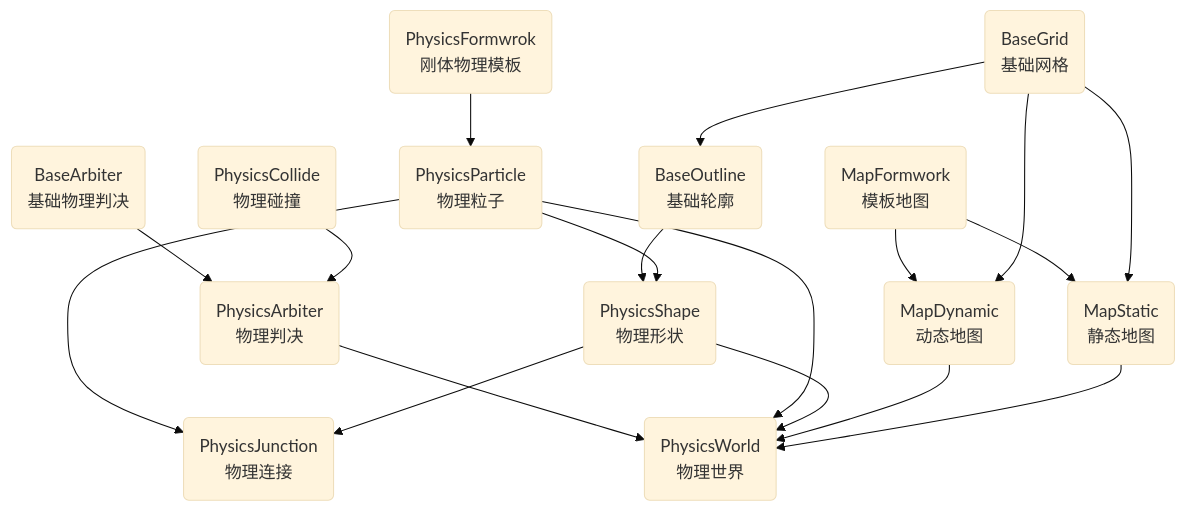
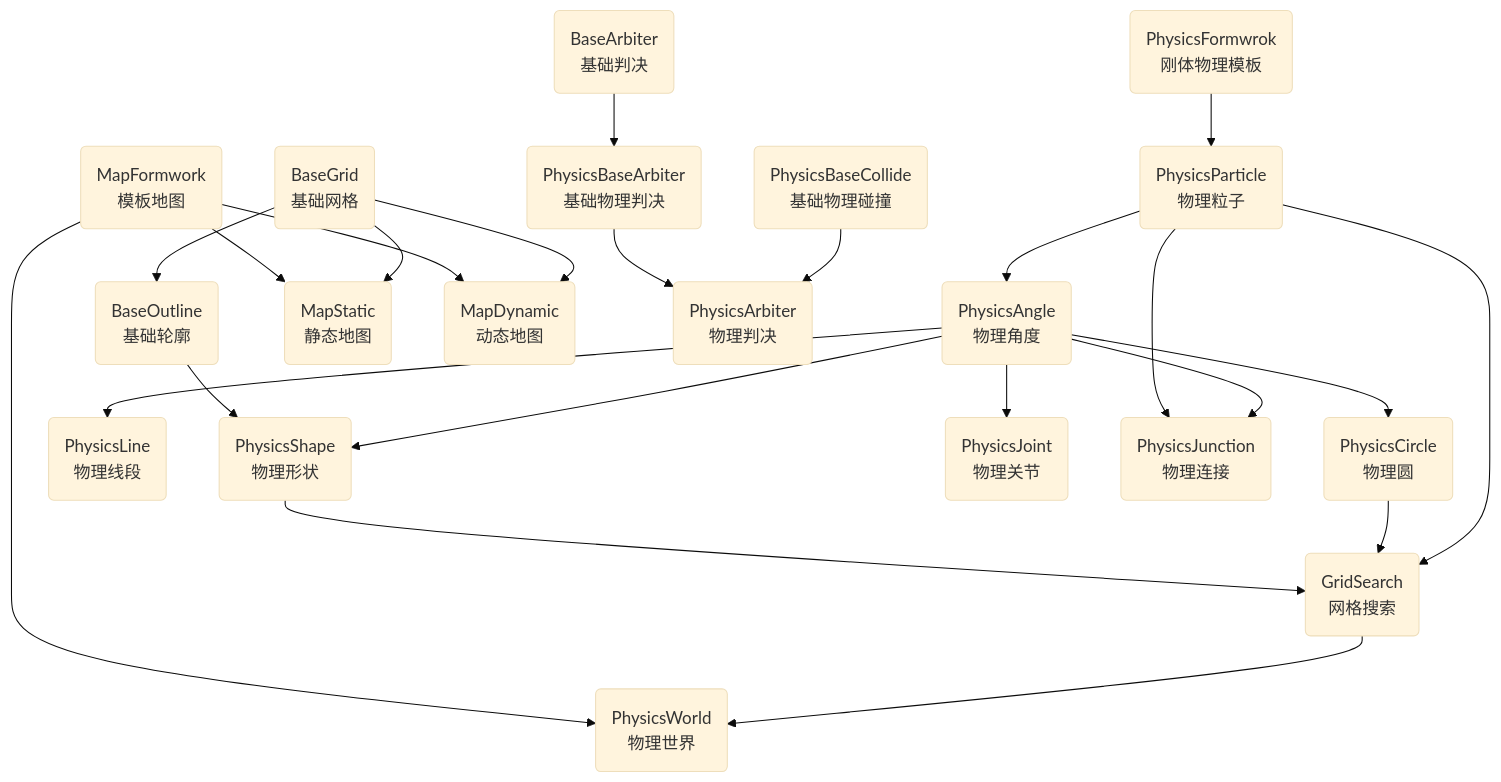
One commit to wuxingwushu/PixelClean changed the diagram in PhysicsBlock/README.md. Above: the diagram before and after it, drawn with Mermaid (base theme). The commit also changed other lines of this file and 23 other files, not shown here.

Commit message:
2D光追背景（学习），修复移动地图抖动，物理类部分调整

````diff
--- a/PhysicsBlock/README.md
+++ b/PhysicsBlock/README.md
@@ -24,52 +31,64 @@
 ```mermaid
 %% 時序圖例子,-> 直線，-->虛線，->>實線箭頭
 %% graph 橫向：LR, 豎向：TD
 graph TD
 
-PhysicsParticle(PhysicsParticle\n物理粒子)
-PhysicsShape(PhysicsShape\n物理形状)
-BaseGrid(BaseGrid\n基础网格)
-BaseOutline(BaseOutline\n基础轮廓)
-MapStatic(MapStatic\n静态地图)
-MapFormwork(MapFormwork\n模板地图)
-MapDynamic(MapDynamic\n动态地图)
-PhysicsWorld(PhysicsWorld\n物理世界)
-PhysicsFormwrok(PhysicsFormwrok\n刚体物理模板)
+BaseGrid(BaseGrid \n 基础网格)
+BaseOutline(BaseOutline \n 基础轮廓)
 
-PhysicsJunction(PhysicsJunction\n物理连接)
-BaseArbiter(BaseArbiter\n基础物理判决)
-PhysicsArbiter(PhysicsArbiter\n物理判决)
-PhysicsCollide(PhysicsCollide\n物理碰撞)
+PhysicsFormwrok(PhysicsFormwrok \n 刚体物理模板)
+PhysicsParticle(PhysicsParticle \n 物理粒子)
+PhysicsAngle(PhysicsAngle \n 物理角度)
+PhysicsCircle(PhysicsCircle \n 物理圆)
+PhysicsLine(PhysicsLine \n 物理线段)
+PhysicsShape(PhysicsShape \n 物理形状)
+
+MapStatic(MapStatic \n 静态地图)
+MapFormwork(MapFormwork \n 模板地图)
+MapDynamic(MapDynamic \n 动态地图)
+
+PhysicsWorld(PhysicsWorld \n 物理世界)
+GridSearch(GridSearch \n 网格搜索)
+
+PhysicsJoint(PhysicsJoint \n 物理关节)
+PhysicsJunction(PhysicsJunction \n 物理连接)
+
+BaseArbiter(BaseArbiter \n 基础判决)
+PhysicsArbiter(PhysicsArbiter \n 物理判决)
+PhysicsBaseArbiter(PhysicsBaseArbiter \n 基础物理判决)
+PhysicsBaseCollide(PhysicsBaseCollide \n 基础物理碰撞)
 
 
 PhysicsFormwrok --> PhysicsParticle
+PhysicsParticle --> PhysicsAngle
 
 BaseGrid --> BaseOutline
 BaseOutline --> PhysicsShape
-PhysicsParticle --> PhysicsShape
+PhysicsAngle --> PhysicsShape
+PhysicsAngle --> PhysicsCircle
+PhysicsAngle --> PhysicsLine
 
 
 MapFormwork --> MapStatic
 BaseGrid --> MapStatic
 
 MapFormwork --> MapDynamic
 BaseGrid --> MapDynamic
 
-BaseArbiter --> PhysicsArbiter
-PhysicsCollide --> PhysicsArbiter
+BaseArbiter --> PhysicsBaseArbiter
+PhysicsBaseArbiter --> PhysicsArbiter
+PhysicsBaseCollide --> PhysicsArbiter
 
 PhysicsParticle --> PhysicsJunction
-PhysicsShape --> PhysicsJunction
+PhysicsAngle --> PhysicsJunction
+PhysicsAngle --> PhysicsJoint
 
-PhysicsArbiter --> PhysicsWorld
-PhysicsParticle --> PhysicsWorld
-PhysicsShape --> PhysicsWorld
-MapDynamic --> PhysicsWorld
-MapStatic --> PhysicsWorld
+MapFormwork --> PhysicsWorld
+GridSearch --> PhysicsWorld
 
-
-
-
+PhysicsShape --> GridSearch
+PhysicsCircle --> GridSearch
+PhysicsParticle --> GridSearch
 
 
 ```
````
